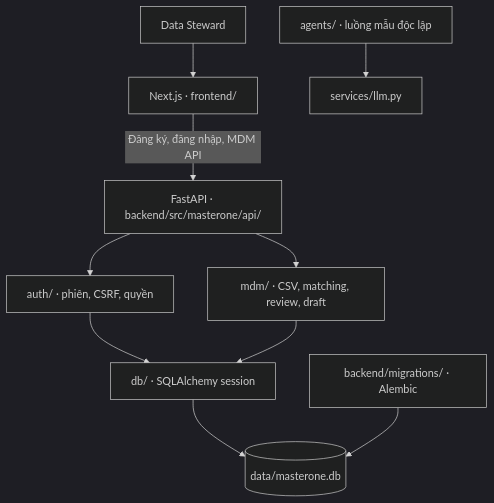
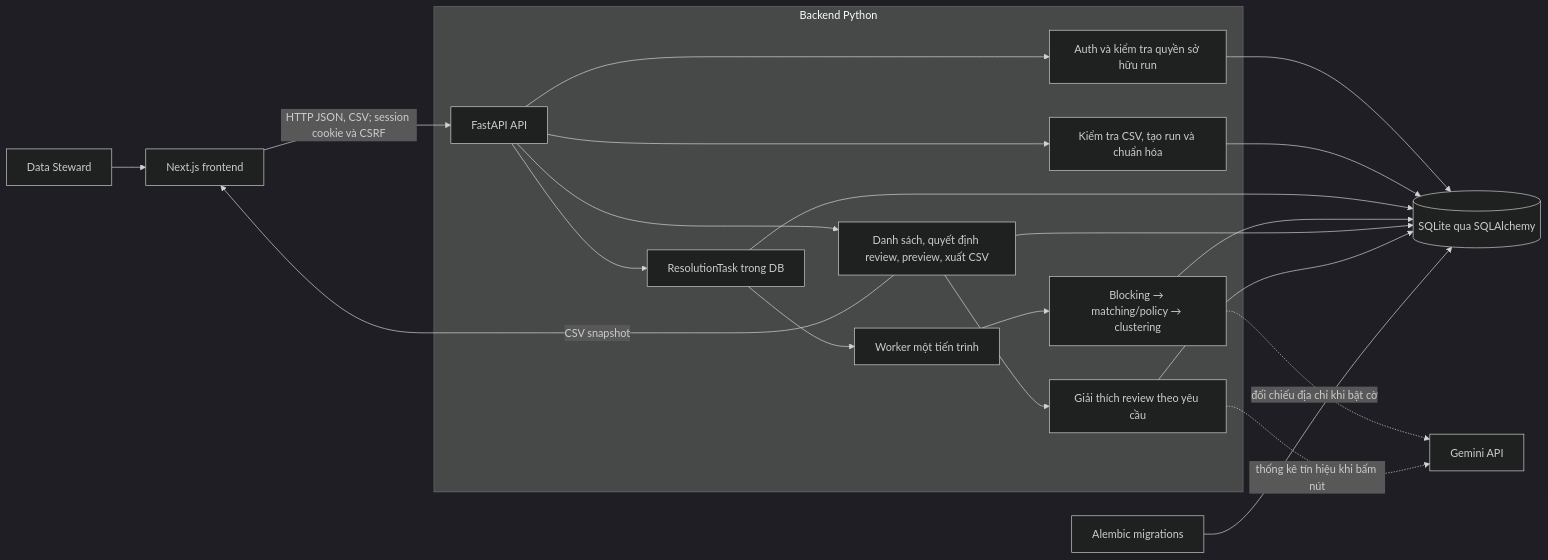
One commit to ttien0181/MasterData changed the first of 2 diagrams in docs/architecture_diagram.md. Above: the diagram before and after it, drawn with Mermaid (dark theme). The commit also changed other lines of this file and 103 other files, not shown here.

````diff
--- a/docs/architecture_diagram.md
+++ b/docs/architecture_diagram.md
@@ -3,12 +7,26 @@
 ```mermaid
-flowchart TB
-    Steward[Data Steward] --> UI[Next.js · frontend/]
-    UI -->|Đăng ký, đăng nhập, MDM API| Routes[FastAPI · backend/src/masterone/api/]
-    Routes --> Auth[auth/ · phiên, CSRF, quyền]
-    Routes --> MDM[mdm/ · CSV, matching, review, draft]
-    Auth --> DB[db/ · SQLAlchemy session]
-    MDM --> DB
-    DB --> SQLite[(data/masterone.db)]
-    Alembic[backend/migrations/ · Alembic] --> SQLite
-    TemplateAgent[agents/ · luồng mẫu độc lập] --> LLM[services/llm.py]
+flowchart LR
+    User[Data Steward] --> Browser[Next.js frontend]
+    Browser -->|HTTP JSON, CSV; session cookie và CSRF| API[FastAPI API]
+
+    subgraph Backend[Backend Python]
+        API --> Auth[Auth và kiểm tra quyền sở hữu run]
+        API --> Import[Kiểm tra CSV, tạo run và chuẩn hóa]
+        API --> Review[Danh sách, quyết định review, preview, xuất CSV]
+        API --> Queue[ResolutionTask trong DB]
+        Queue --> Worker[Worker một tiến trình]
+        Worker --> Pipeline[Blocking → matching/policy → clustering]
+        Review --> Explain[Giải thích review theo yêu cầu]
+    end
+
+    Auth --> Store[(SQLite qua SQLAlchemy)]
+    Import --> Store
+    Queue --> Store
+    Pipeline --> Store
+    Review --> Store
+    Explain --> Store
+    Pipeline -. đối chiếu địa chỉ khi bật cờ .-> Gemini[Gemini API]
+    Explain -. thống kê tín hiệu khi bấm nút .-> Gemini
+    Review -->|CSV snapshot| Browser
+    Migrations[Alembic migrations] --> Store
 ```
````
